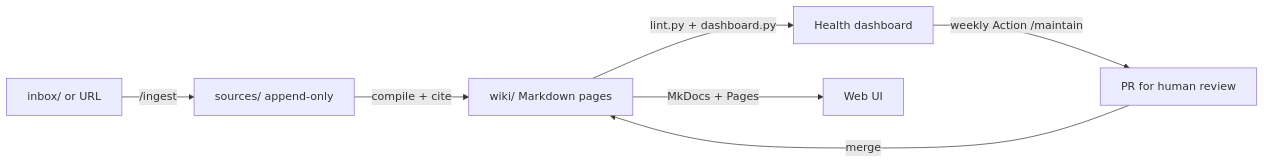
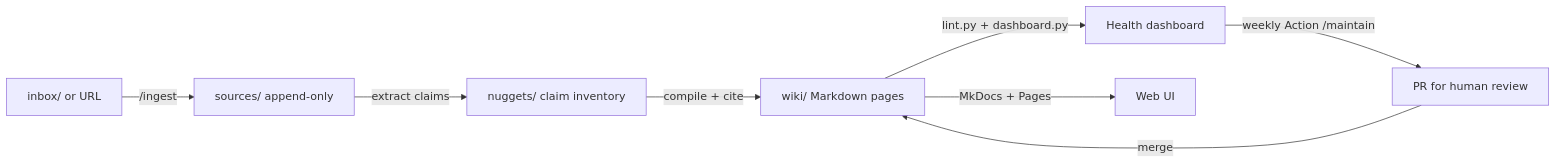
One commit to divyavanmahajan/kms-skills changed the diagram in README.md. Above: the diagram before and after it, drawn with Mermaid. The commit also changed other lines of this file and 20 other files, not shown here.

````diff
--- a/README.md
+++ b/README.md
@@ -13,9 +13,10 @@
 ```mermaid
 flowchart LR
     A[inbox/ or URL] -->|/ingest| B[sources/ append-only]
-    B -->|compile + cite| C[wiki/ Markdown pages]
+    B -->|extract claims| N[nuggets/ claim inventory]
+    N -->|compile + cite| C[wiki/ Markdown pages]
     C -->|lint.py + dashboard.py| D[Health dashboard]
     D -->|weekly Action /maintain| E[PR for human review]
     E -->|merge| C
     C -->|MkDocs + Pages| F[Web UI]
 ```
````
